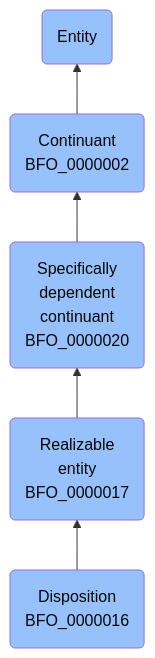
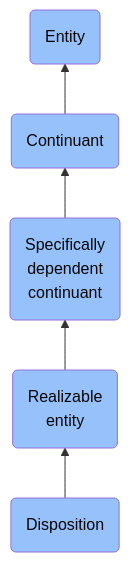
The diagram in docs/ontology/reference/model/Entity/Continuant/Specifically dependent continuant/Realizable entity/Disposition/Disposition.md (jupyter-naas/abi), drawn with Mermaid before and after one commit. The commit also changed other lines of this file and 1430 other files, not shown here.

````diff
--- a/docs/ontology/reference/model/Entity/Continuant/Specifically dependent continuant/Realizable entity/Disposition/Disposition.md
+++ b/docs/ontology/reference/model/Entity/Continuant/Specifically dependent continuant/Realizable entity/Disposition/Disposition.md
@@ -24,12 +24,12 @@
 ```mermaid
 graph BT
-    BFO_0000016(Disposition<br>BFO_0000016):::BFO-->BFO_0000017
-    BFO_0000017(Realizable<br>entity<br>BFO_0000017):::BFO-->BFO_0000020
-    BFO_0000020(Specifically<br>dependent<br>continuant<br>BFO_0000020):::BFO-->BFO_0000002
-    BFO_0000002(Continuant<br>BFO_0000002):::BFO-->BFO_0000001
+    BFO_0000016(Disposition):::BFO-->BFO_0000017
+    BFO_0000017(Realizable<br>entity):::BFO-->BFO_0000020
+    BFO_0000020(Specifically<br>dependent<br>continuant):::BFO-->BFO_0000002
+    BFO_0000002(Continuant):::BFO-->BFO_0000001
     BFO_0000001(Entity):::BFO
     
     classDef BFO fill:#97c1fb,color:#060606
     classDef CCO fill:#e4c51e,color:#060606
     classDef ABI fill:#48DD82,color:#060606
 ```
````
